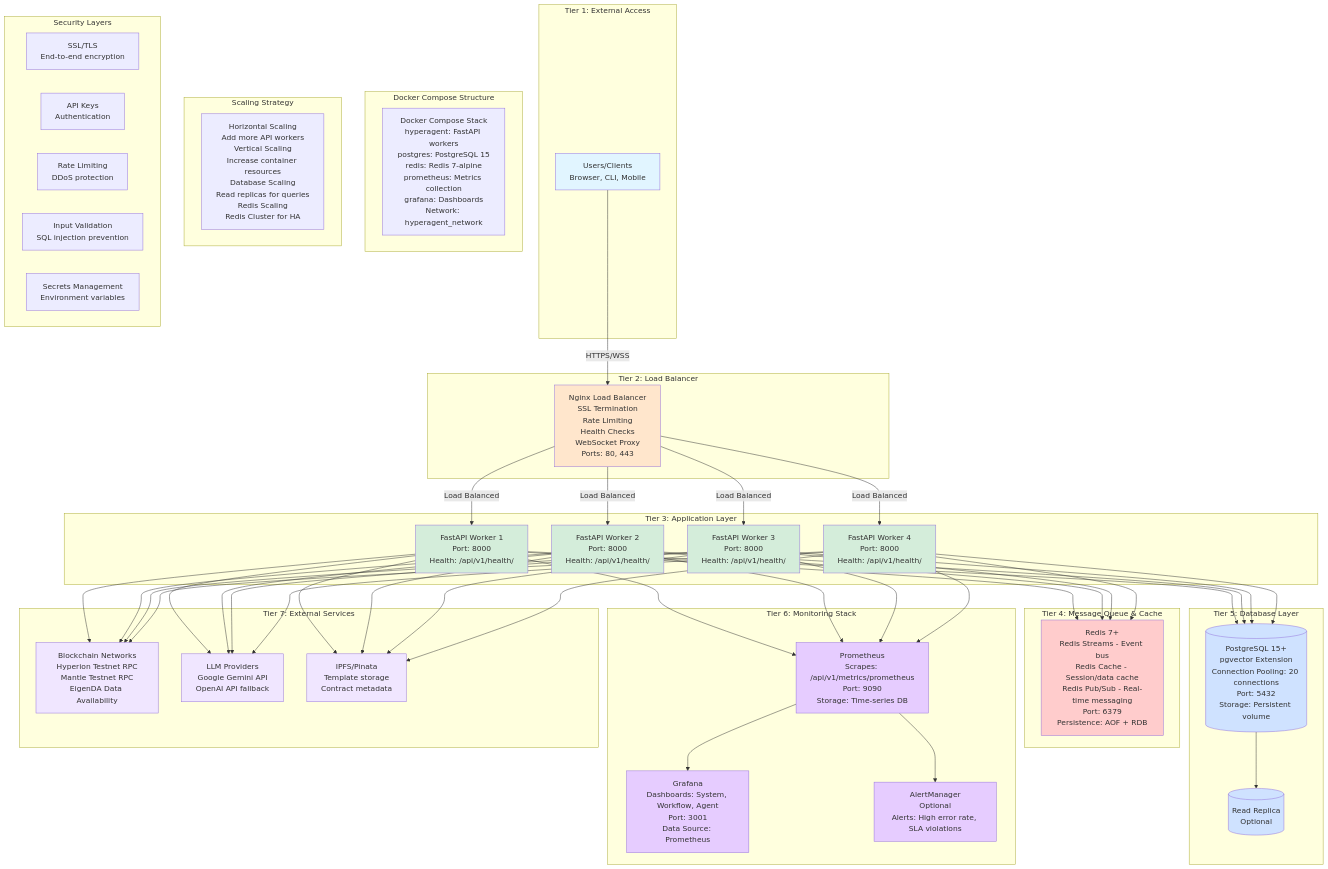
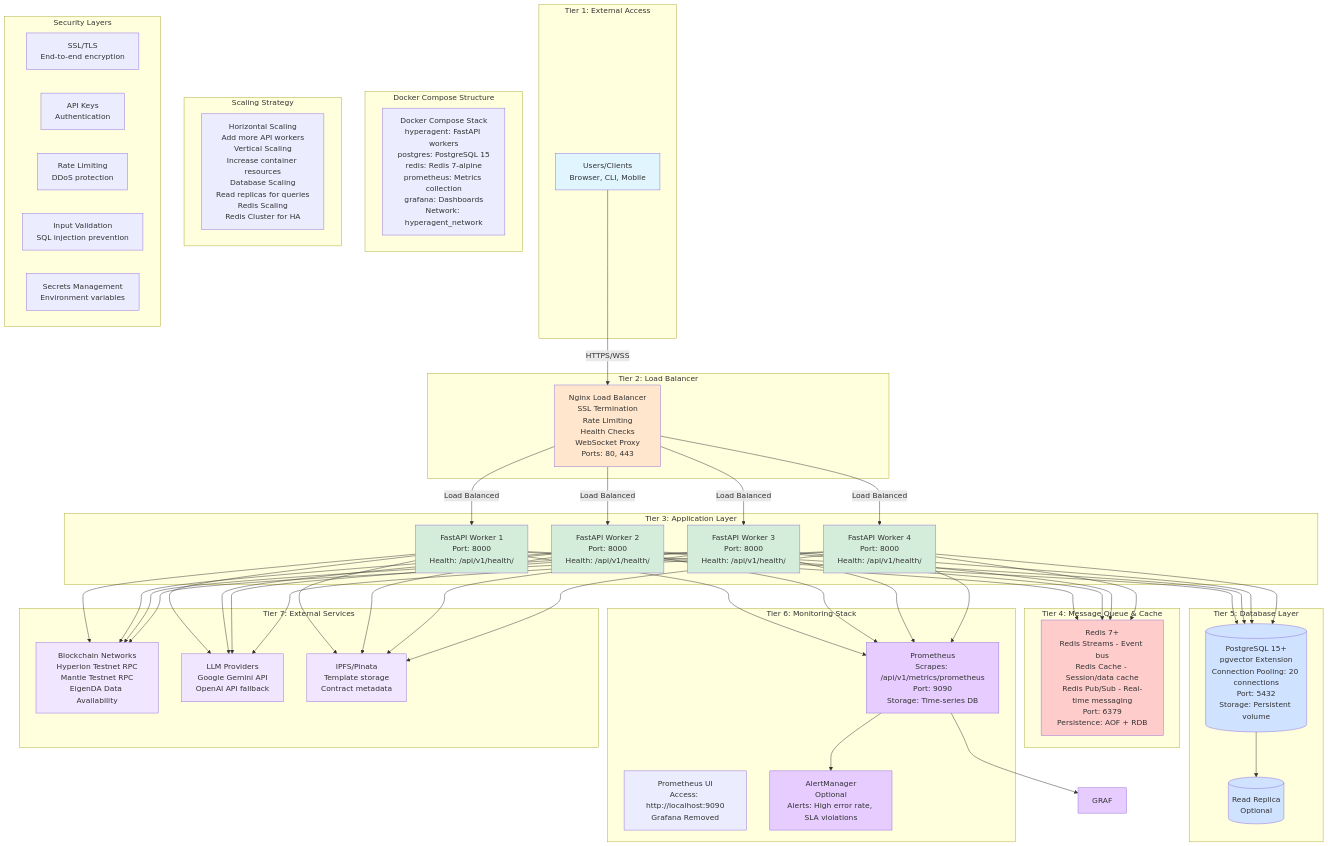
The diagram in docs/Framework/07_deployment_architecture.md (Hyperkit-Labs/hyperagent), drawn with Mermaid before and after one commit. The commit also changed other lines of this file and 12 other files, not shown here.

```diff
--- a/docs/Framework/07_deployment_architecture.md
+++ b/docs/Framework/07_deployment_architecture.md
@@ -30,7 +30,7 @@
 
     subgraph "Tier 6: Monitoring Stack"
         PROM[Prometheus<br/>Scrapes: /api/v1/metrics/prometheus<br/>Port: 9090<br/>Storage: Time-series DB]
-        GRAF[Grafana<br/>Dashboards: System, Workflow, Agent<br/>Port: 3001<br/>Data Source: Prometheus]
+        PROMUI[Prometheus UI<br/>Access: http://localhost:9090<br/>Grafana Removed]
         ALERT[AlertManager<br/>Optional<br/>Alerts: High error rate, SLA violations]
     end
 
```
